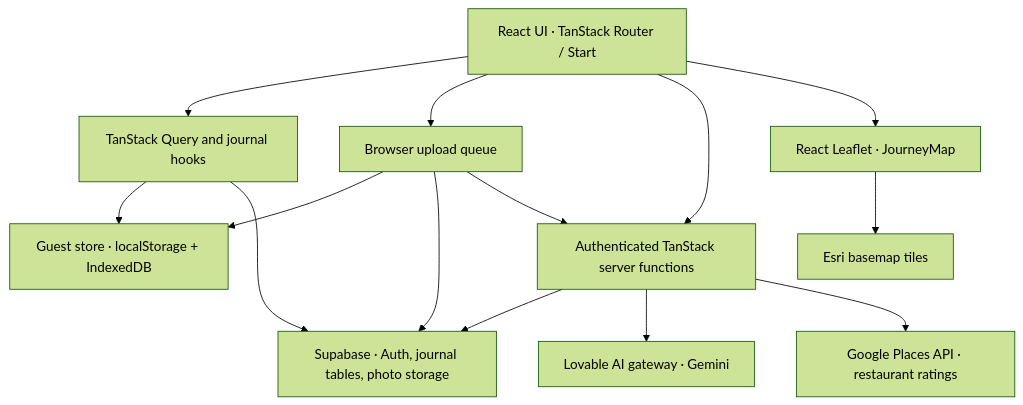
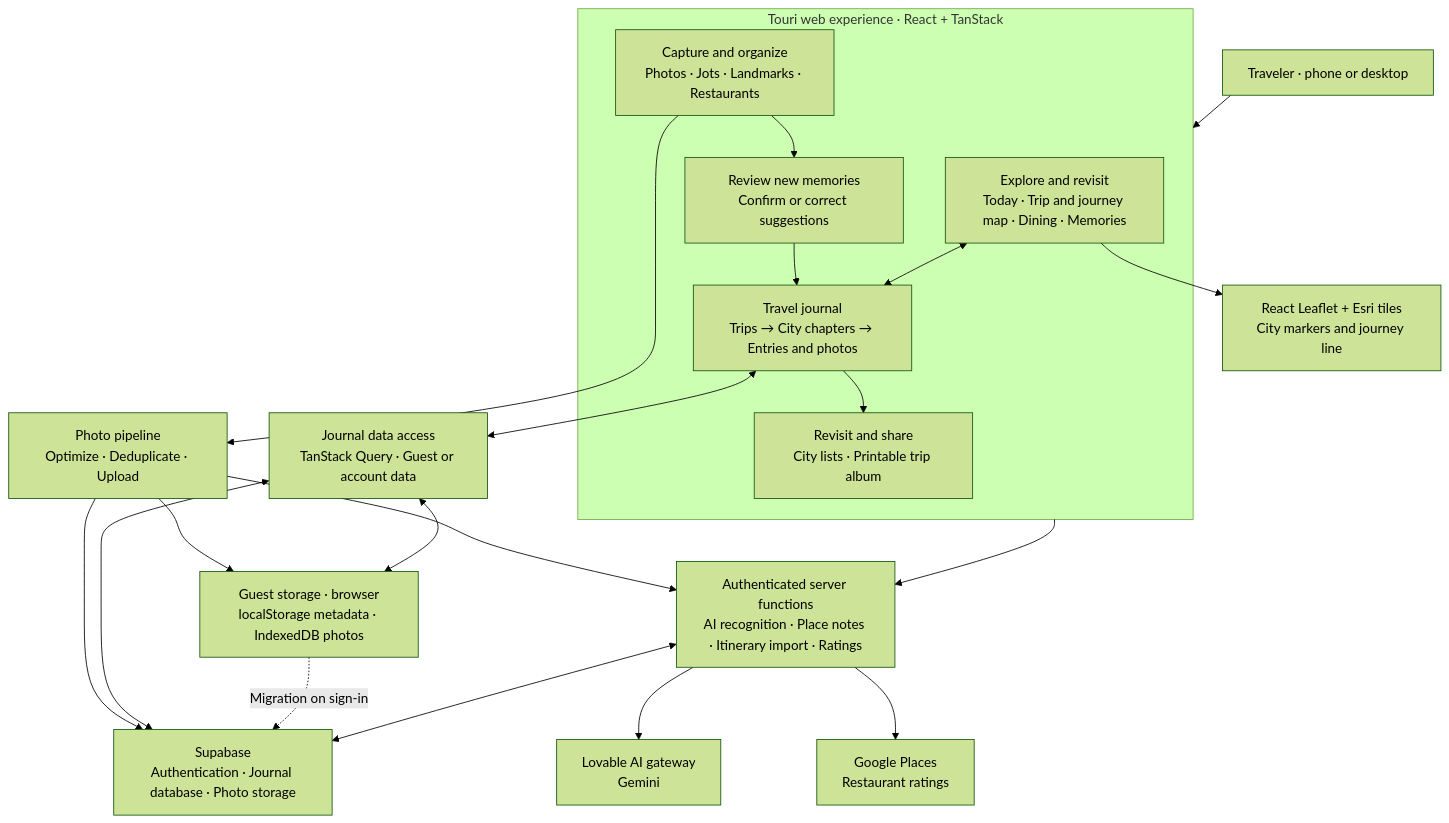
One commit to rcraig-2023/photo-trip-journal changed the diagram in docs/architecture-site-map.md. Above: the diagram before and after it, drawn with Mermaid (forest theme). The commit also changed other lines of this file, not shown here.

Commit message:
docs: consolidate into one overarching architecture map

````diff
--- a/docs/architecture-site-map.md
+++ b/docs/architecture-site-map.md
@@ -90,16 +5,31 @@
 ```mermaid
 flowchart TD
-  UI["React UI · TanStack Router / Start"] --> Query["TanStack Query and journal hooks"]
-  Query --> Guest["Guest store · localStorage + IndexedDB"]
-  Query --> Supabase["Supabase · Auth, journal tables, photo storage"]
-  UI --> Queue["Browser upload queue"]
-  Queue --> Guest
-  Queue --> Supabase
-  Queue --> Server["Authenticated TanStack server functions"]
-  UI --> Server
-  Server --> Supabase
-  Server --> AI["Lovable AI gateway · Gemini"]
-  Server --> Places["Google Places API · restaurant ratings"]
-  UI --> Map["React Leaflet · JourneyMap"]
-  Map --> Tiles["Esri basemap tiles"]
+  Traveler["Traveler · phone or desktop"] --> App
+
+  subgraph App["Touri web experience · React + TanStack"]
+    Explore["Explore and revisit<br/>Today · Trip and journey map · Dining · Memories"]
+    Capture["Capture and organize<br/>Photos · Jots · Landmarks · Restaurants"]
+    Journal["Travel journal<br/>Trips → City chapters → Entries and photos"]
+    Review["Review new memories<br/>Confirm or correct suggestions"]
+    Output["Revisit and share<br/>City lists · Printable trip album"]
+    Capture --> Review
+    Review --> Journal
+    Explore <--> Journal
+    Journal --> Output
+  end
+
+  Capture --> Pipeline["Photo pipeline<br/>Optimize · Deduplicate · Upload"]
+  Journal <--> Data["Journal data access<br/>TanStack Query · Guest or account data"]
+  Pipeline --> Local
+  Pipeline --> Cloud
+  Data <--> Local["Guest storage · browser<br/>localStorage metadata · IndexedDB photos"]
+  Data <--> Cloud["Supabase<br/>Authentication · Journal database · Photo storage"]
+  Local -. "Migration on sign-in" .-> Cloud
+
+  Pipeline --> Services["Authenticated server functions<br/>AI recognition · Place notes · Itinerary import · Ratings"]
+  App --> Services
+  Services <--> Cloud
+  Services --> AI["Lovable AI gateway<br/>Gemini"]
+  Services --> Places["Google Places<br/>Restaurant ratings"]
+  Explore --> Maps["React Leaflet + Esri tiles<br/>City markers and journey line"]
 ```
````
